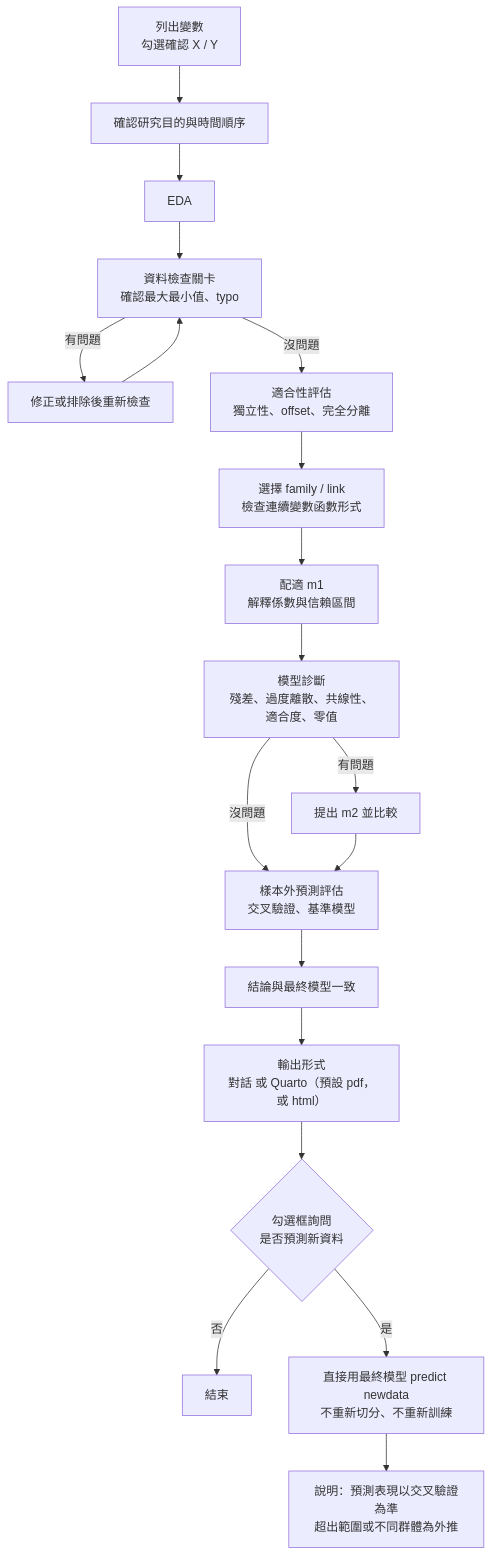
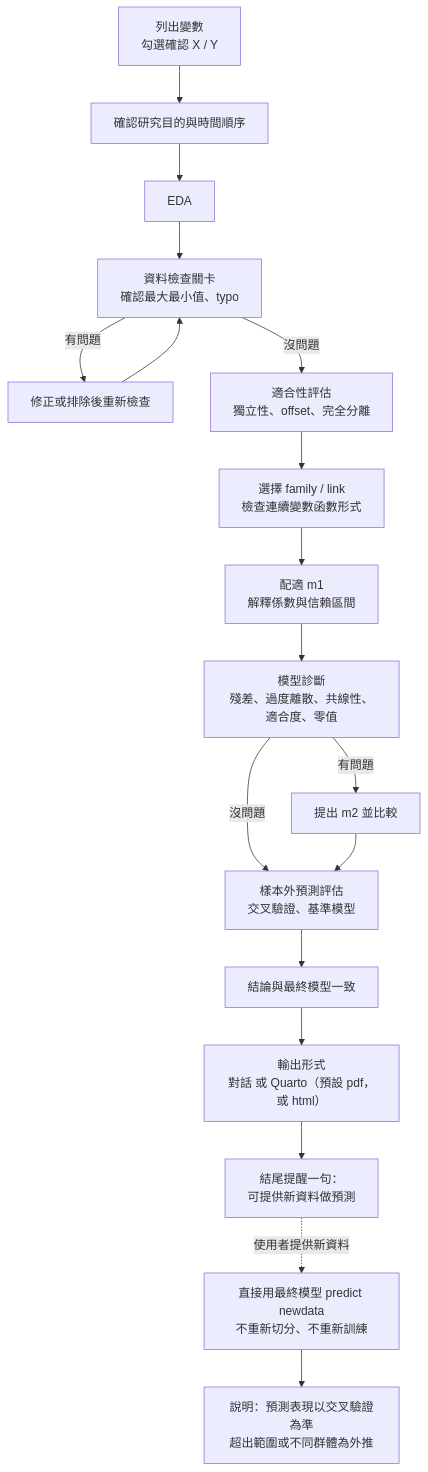
One commit to tzuhui39/SC3-GLM_Analysis changed the diagram in README.md. Above: the diagram before and after it, drawn with Mermaid. The commit also changed other lines of this file and 1 other file, not shown here.

Commit message:
Predict-new-data: reminder only, no checkbox
Claude-Session: https://claude.ai/code/session_015dt6er1r7BZPH45wKRmkvi

````diff
--- a/README.md
+++ b/README.md
@@ -22,21 +22,20 @@
 ```mermaid
 flowchart TD
     A[列出變數<br>勾選確認 X / Y] --> B[確認研究目的與時間順序]
     B --> C[EDA]
     C --> D[資料檢查關卡<br>確認最大最小值、typo]
     D -->|有問題| D1[修正或排除後重新檢查]
     D1 --> D
     D -->|沒問題| E[適合性評估<br>獨立性、offset、完全分離]
     E --> F[選擇 family / link<br>檢查連續變數函數形式]
     F --> G[配適 m1<br>解釋係數與信賴區間]
     G --> H[模型診斷<br>殘差、過度離散、共線性、適合度、零值]
     H -->|有問題| I[提出 m2 並比較]
     H -->|沒問題| J
     I --> J[樣本外預測評估<br>交叉驗證、基準模型]
     J --> K[結論與最終模型一致]
     K --> N[輸出形式<br>對話 或 Quarto（預設 pdf，或 html）]
-    N --> O{勾選框詢問<br>是否預測新資料}
-    O -->|否| Z[結束]
-    O -->|是| L[直接用最終模型 predict newdata<br>不重新切分、不重新訓練]
+    N --> O[結尾提醒一句：<br>可提供新資料做預測]
+    O -.->|使用者提供新資料| L[直接用最終模型 predict newdata<br>不重新切分、不重新訓練]
     L --> M[說明：預測表現以交叉驗證為準<br>超出範圍或不同群體為外推]
 ```
````
